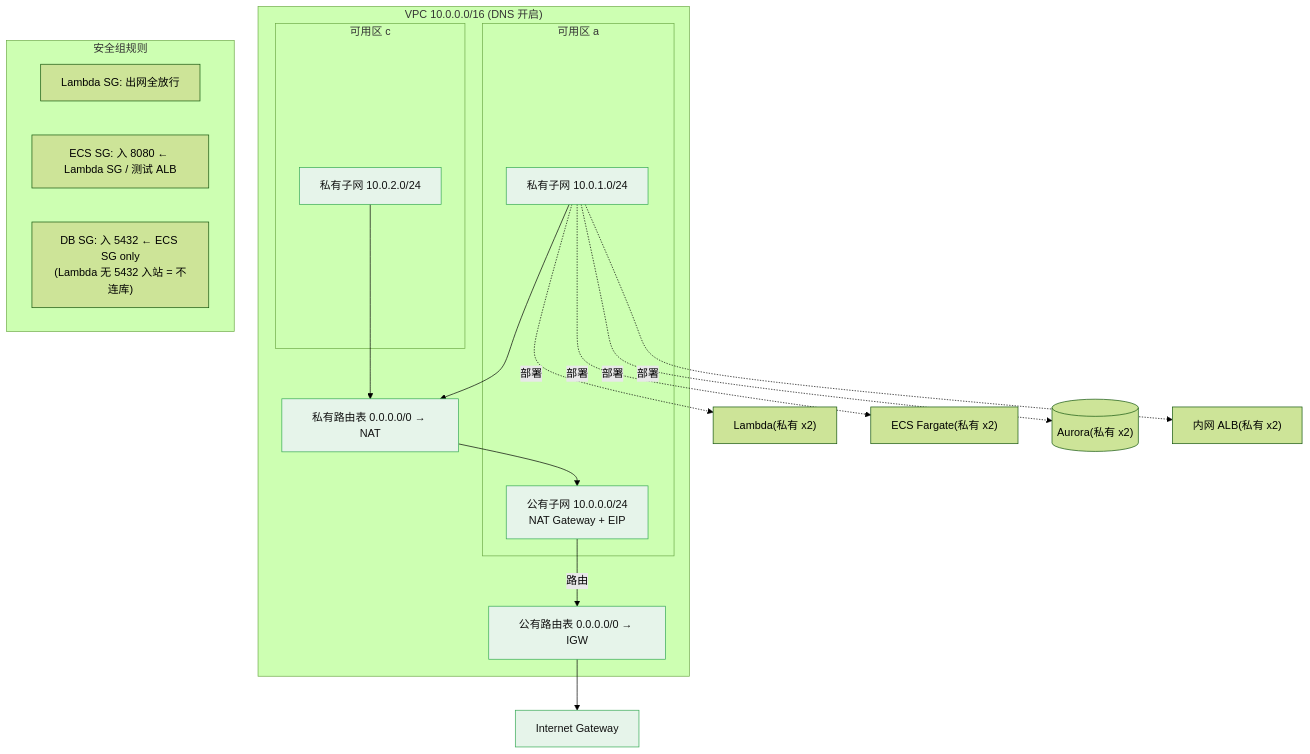
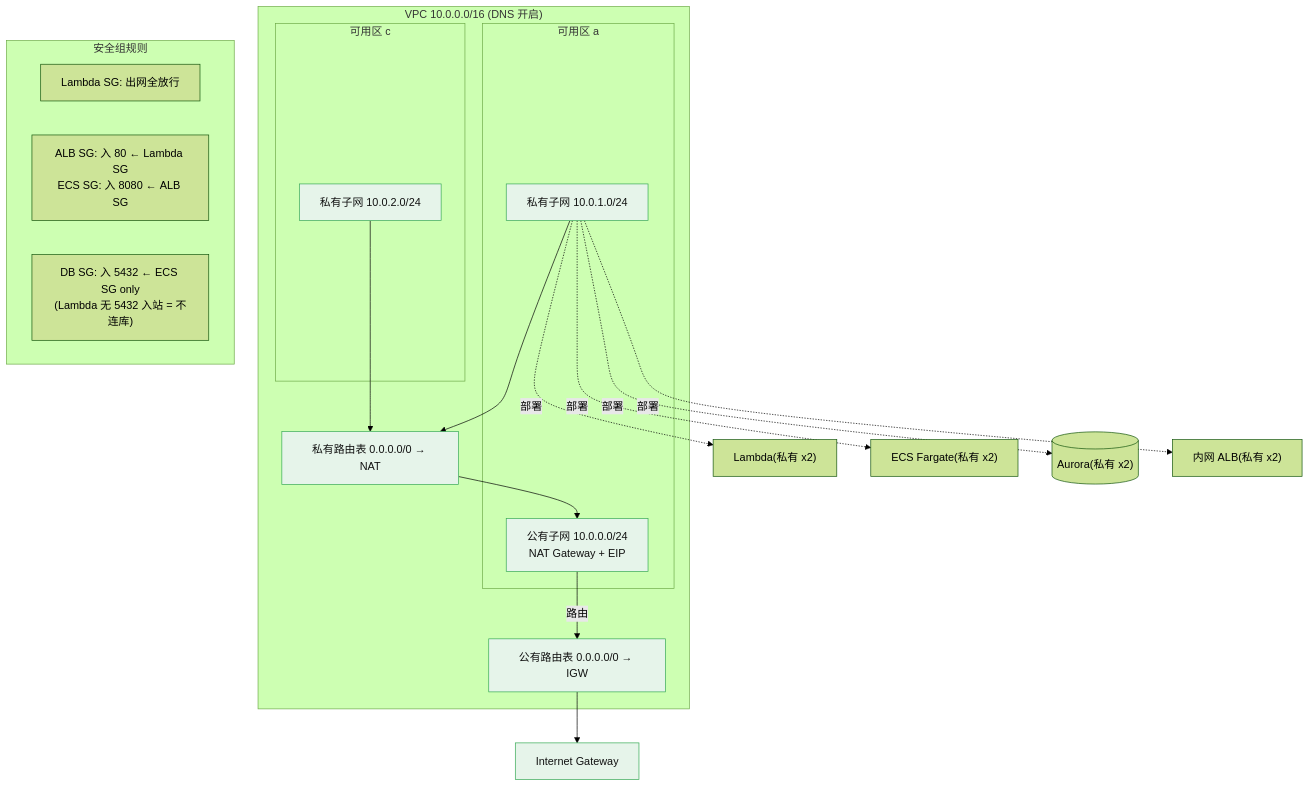
The third of 10 diagrams in docs/架构图.md (PrettyKing/github-repositories-fllow), drawn with Mermaid (forest theme) before and after one commit. The commit also changed other lines of this file and 17 other files, not shown here.

Commit message:
feat: add go ecs canary validation flow

````diff
--- a/docs/架构图.md
+++ b/docs/架构图.md
@@ -76,39 +111,39 @@
 ```mermaid
 graph TB
     IGW["Internet Gateway"]
     subgraph VPC["VPC 10.0.0.0/16 (DNS 开启)"]
         subgraph AZa["可用区 a"]
             Pub["公有子网 10.0.0.0/24<br/>NAT Gateway + EIP"]
             P1["私有子网 10.0.1.0/24"]
         end
         subgraph AZc["可用区 c"]
             P2["私有子网 10.0.2.0/24"]
         end
         RT1["公有路由表 0.0.0.0/0 → IGW"]
         RT2["私有路由表 0.0.0.0/0 → NAT"]
     end
 
     Pub -->|路由| RT1 --> IGW
     P1 --> RT2
     P2 --> RT2
     RT2 --> Pub
 
     L["Lambda(私有 x2)"]
     ECS["ECS Fargate(私有 x2)"]
     AUR[("Aurora(私有 x2)")]
     ALB["内网 ALB(私有 x2)"]
 
     P1 -.部署.-> L
     P1 -.部署.-> ECS
     P1 -.部署.-> AUR
     P1 -.部署.-> ALB
 
     subgraph SG["安全组规则"]
         s1["Lambda SG: 出网全放行"]
-        s2["ECS SG: 入 8080 ← Lambda SG / 测试 ALB"]
+        s2["ALB SG: 入 80 ← Lambda SG<br/>ECS SG: 入 8080 ← ALB SG"]
         s3["DB SG: 入 5432 ← ECS SG only<br/>(Lambda 无 5432 入站 = 不连库)"]
     end
 
     classDef net fill:#e6f4ea,stroke:#34a853,color:#111
     class Pub,P1,P2,RT1,RT2,IGW net
 ```
````
